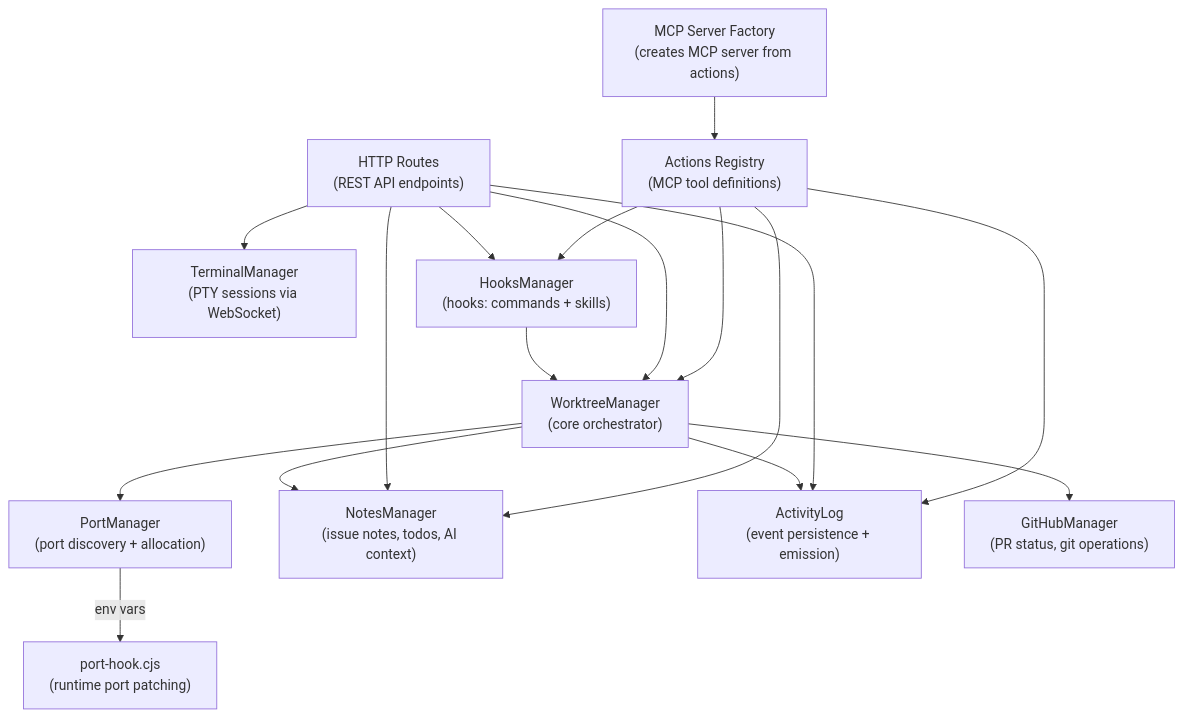
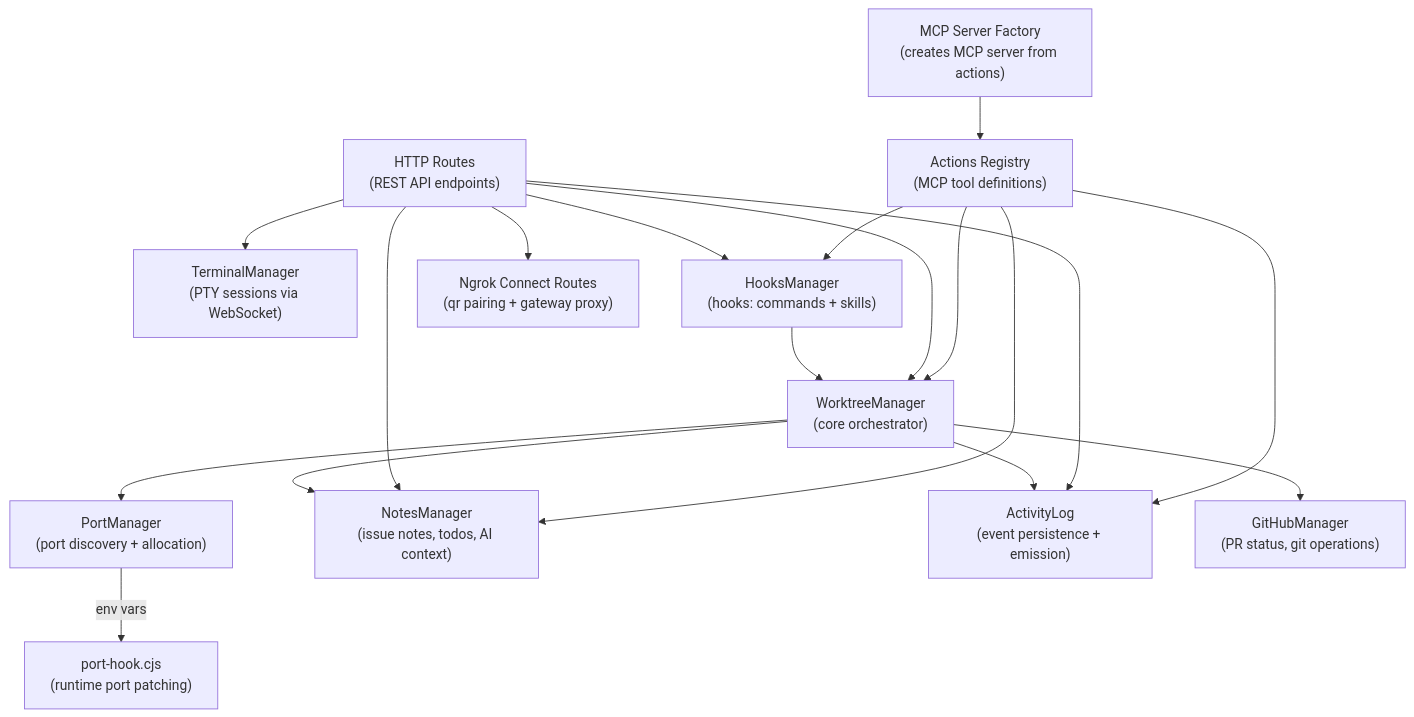
The second of 3 diagrams in docs/ARCHITECTURE.md (fum4/openkit), drawn with Mermaid before and after one commit. The commit also changed other lines of this file and 376 other files, not shown here.

````diff
--- a/docs/ARCHITECTURE.md
+++ b/docs/ARCHITECTURE.md
@@ -36,31 +36,33 @@
 ```mermaid
 flowchart TB
     WM["WorktreeManager\n(core orchestrator)"]
     PM["PortManager\n(port discovery + allocation)"]
     TM["TerminalManager\n(PTY sessions via WebSocket)"]
     NM["NotesManager\n(issue notes, todos, AI context)"]
     AL["ActivityLog\n(event persistence + emission)"]
     VM["HooksManager\n(hooks: commands + skills)"]
+    NC["Ngrok Connect Routes\n(qr pairing + gateway proxy)"]
     GH["GitHubManager\n(PR status, git operations)"]
     Hook["port-hook.cjs\n(runtime port patching)"]
     Actions["Actions Registry\n(MCP tool definitions)"]
     McpFactory["MCP Server Factory\n(creates MCP server from actions)"]
     Routes["HTTP Routes\n(REST API endpoints)"]
 
     WM --> PM
     WM --> NM
     WM --> AL
     WM --> GH
     VM --> WM
     Routes --> WM
     Routes --> TM
     Routes --> NM
     Routes --> VM
     Routes --> AL
+    Routes --> NC
     Actions --> WM
     Actions --> NM
     Actions --> VM
     Actions --> AL
     McpFactory --> Actions
     PM -->|env vars| Hook
 ```
````
